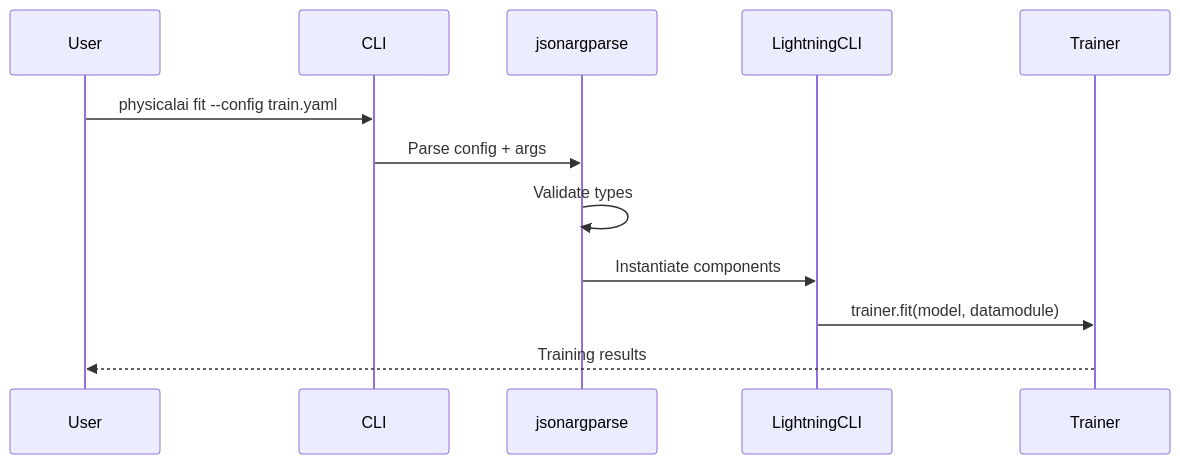
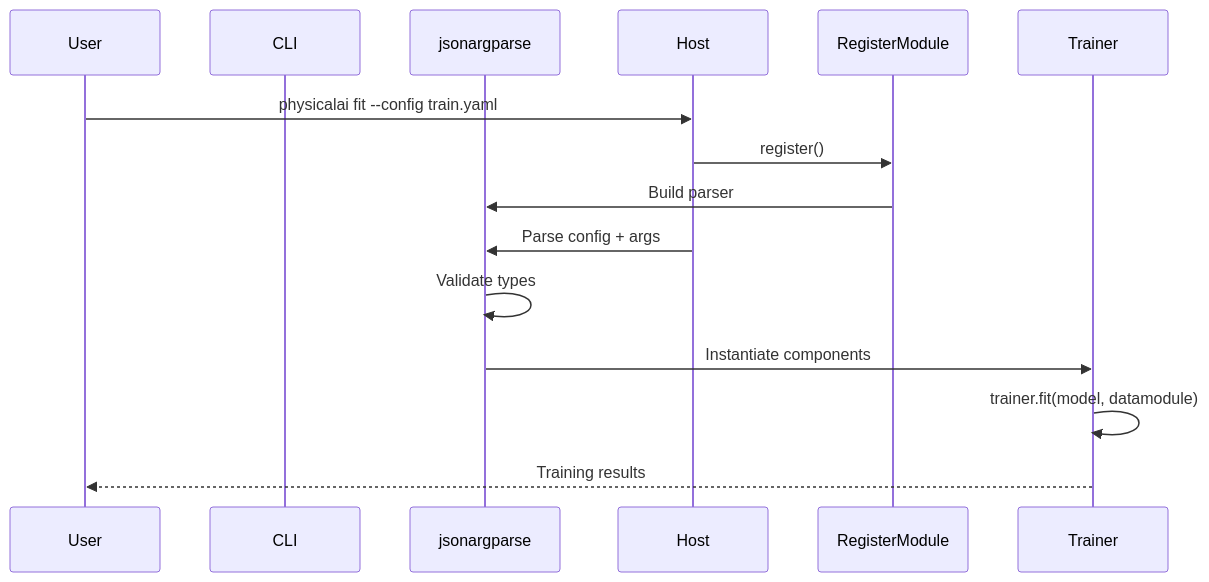
The second of 2 diagrams in library/docs/explanation/cli/lightning_cli.md (samet-akcay/physical-ai-studio), drawn with Mermaid before and after one commit. The commit also changed other lines of this file and 24 other files, not shown here.

Commit message:
feat(cli): register studio subcommands with shared physicalai host

````diff
--- a/library/docs/explanation/cli/lightning_cli.md
+++ b/library/docs/explanation/cli/lightning_cli.md
@@ -84,15 +78,18 @@
 ```mermaid
 sequenceDiagram
     participant User
     participant CLI
     participant jsonargparse
-    participant LightningCLI
+    participant Host
+    participant RegisterModule
     participant Trainer
 
-    User->>CLI: physicalai fit --config train.yaml
-    CLI->>jsonargparse: Parse config + args
+    User->>Host: physicalai fit --config train.yaml
+    Host->>RegisterModule: register()
+    RegisterModule->>jsonargparse: Build parser
+    Host->>jsonargparse: Parse config + args
     jsonargparse->>jsonargparse: Validate types
-    jsonargparse->>LightningCLI: Instantiate components
-    LightningCLI->>Trainer: trainer.fit(model, datamodule)
+    jsonargparse->>Trainer: Instantiate components
+    Trainer->>Trainer: trainer.fit(model, datamodule)
     Trainer-->>User: Training results
 ```
````
